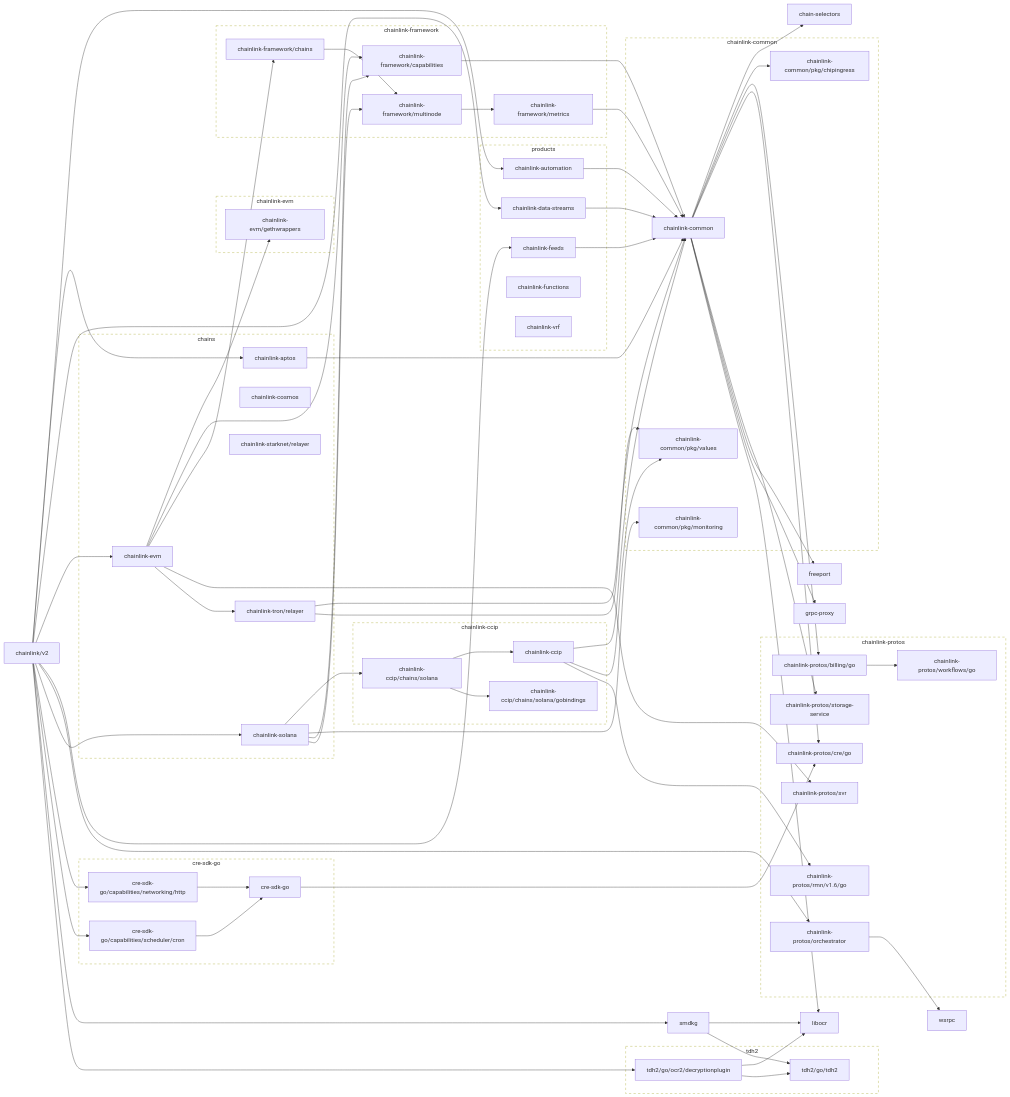
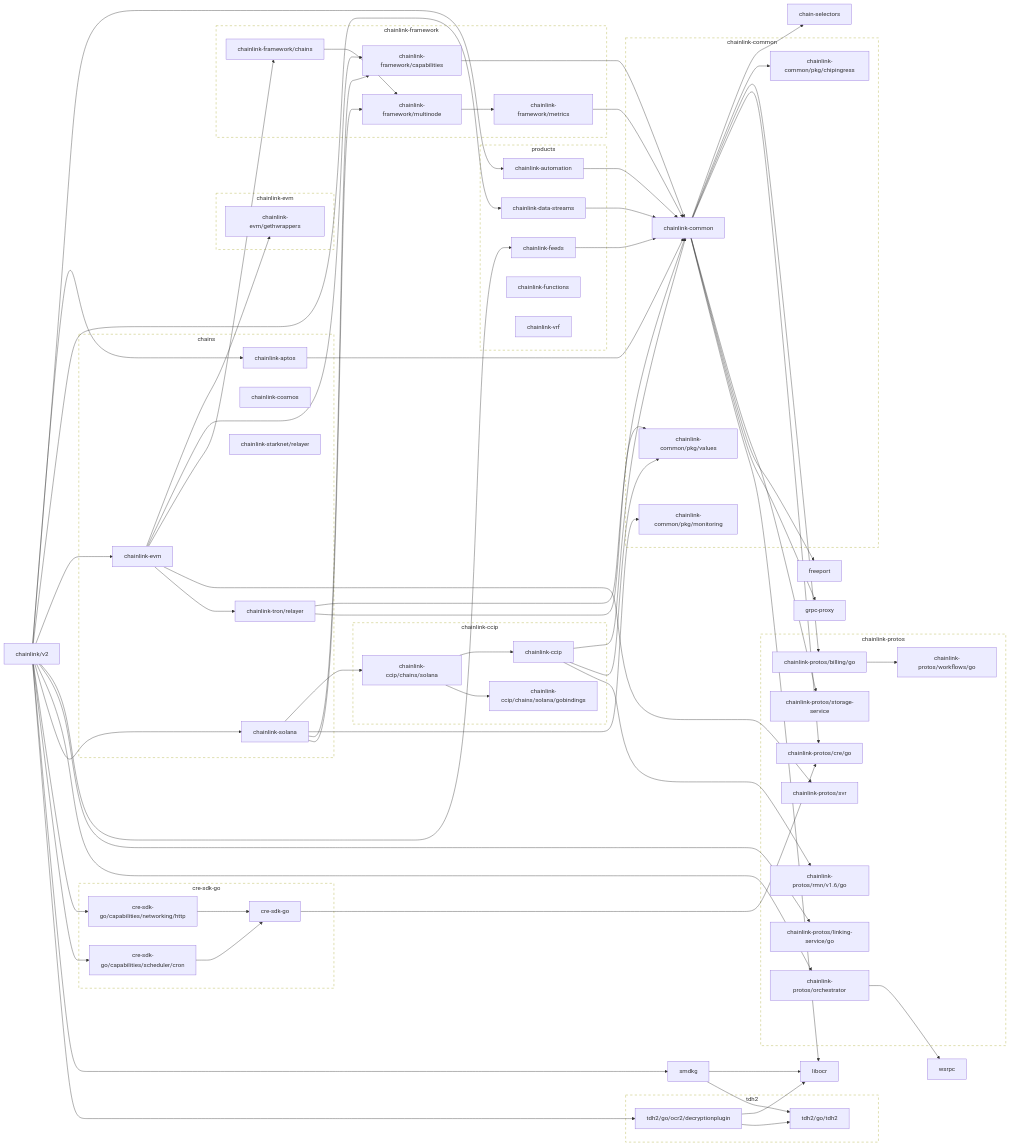
Before and after one commit to smartcontractkit/chainlink: the first of 2 diagrams in go.md, drawn with Mermaid. The commit also changed other lines of this file, not shown here.

Commit message:
make modgraph

```diff
--- a/go.md
+++ b/go.md
@@ -76,6 +76,8 @@
 	click chainlink-protos/billing/go href "https://github.com/smartcontractkit/chainlink-protos"
 	chainlink-protos/cre/go
 	click chainlink-protos/cre/go href "https://github.com/smartcontractkit/chainlink-protos"
+	chainlink-protos/linking-service/go
+	click chainlink-protos/linking-service/go href "https://github.com/smartcontractkit/chainlink-protos"
 	chainlink-protos/orchestrator --> wsrpc
 	click chainlink-protos/orchestrator href "https://github.com/smartcontractkit/chainlink-protos"
 	chainlink-protos/rmn/v1.6/go
@@ -99,6 +101,7 @@
 	chainlink/v2 --> chainlink-data-streams
 	chainlink/v2 --> chainlink-evm
 	chainlink/v2 --> chainlink-feeds
+	chainlink/v2 --> chainlink-protos/linking-service/go
 	chainlink/v2 --> chainlink-protos/orchestrator
 	chainlink/v2 --> chainlink-solana
 	chainlink/v2 --> cre-sdk-go/capabilities/networking/http
@@ -161,6 +164,7 @@
 	subgraph chainlink-protos-repo[chainlink-protos]
 		 chainlink-protos/billing/go
 		 chainlink-protos/cre/go
+		 chainlink-protos/linking-service/go
 		 chainlink-protos/orchestrator
 		 chainlink-protos/rmn/v1.6/go
 		 chainlink-protos/storage-service
```
